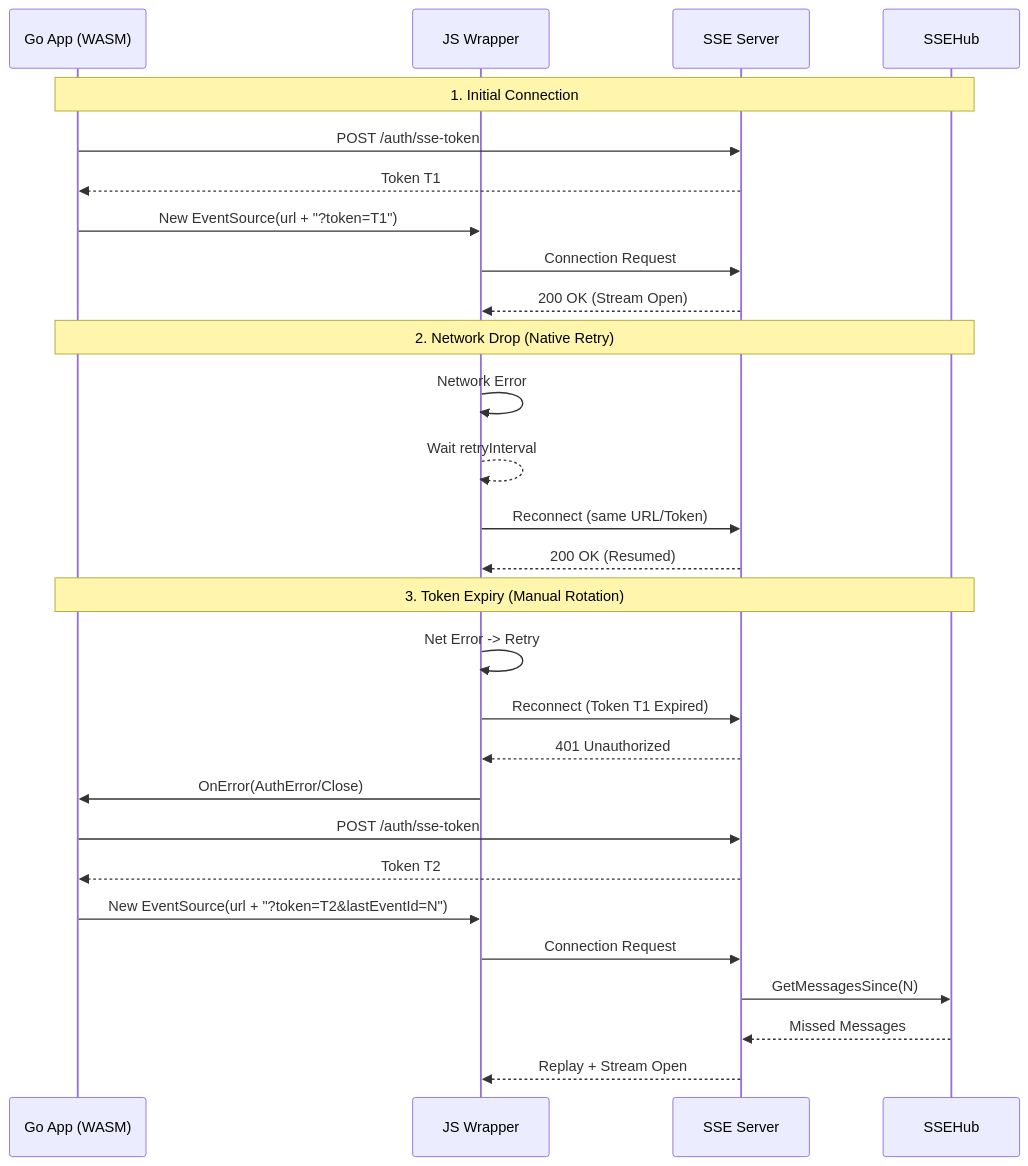
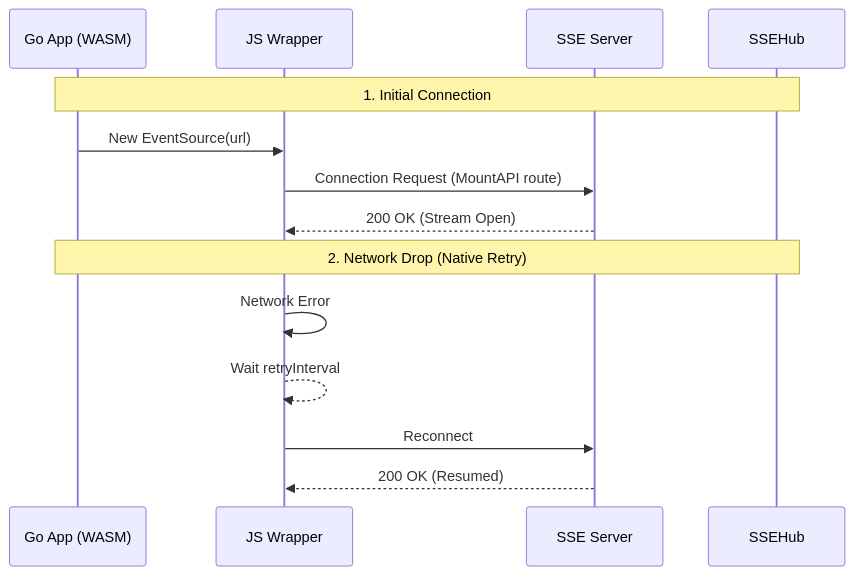
Before and after one commit to webtyp/sse: the second of 3 diagrams in docs/ARCHITECTURE.md, drawn with Mermaid. The commit also changed other lines of this file and 14 other files, not shown here.

First line of the commit message:
feat(sse): mountable router.APIModule, client OnEvent, events.Subscriber adapter

````diff
--- a/docs/ARCHITECTURE.md
+++ b/docs/ARCHITECTURE.md
@@ -47,33 +38,18 @@
 ```mermaid
 sequenceDiagram
     participant App as Go App (WASM)
     participant ES as JS Wrapper
     participant Server as SSE Server
     participant Hub as SSEHub
 
     Note over App,Hub: 1. Initial Connection
-    App->>Server: POST /auth/sse-token
-    Server-->>App: Token T1
-    App->>ES: New EventSource(url + "?token=T1")
-    ES->>Server: Connection Request
+    App->>ES: New EventSource(url)
+    ES->>Server: Connection Request (MountAPI route)
     Server-->>ES: 200 OK (Stream Open)
 
     Note over App,Hub: 2. Network Drop (Native Retry)
     ES->>ES: Network Error
     ES-->>ES: Wait retryInterval
-    ES->>Server: Reconnect (same URL/Token)
+    ES->>Server: Reconnect
     Server-->>ES: 200 OK (Resumed)
-
-    Note over App,Hub: 3. Token Expiry (Manual Rotation)
-    ES->>ES: Net Error -> Retry
-    ES->>Server: Reconnect (Token T1 Expired)
-    Server-->>ES: 401 Unauthorized
-    ES->>App: OnError(AuthError/Close)
-    App->>Server: POST /auth/sse-token
-    Server-->>App: Token T2
-    App->>ES: New EventSource(url + "?token=T2&lastEventId=N")
-    ES->>Server: Connection Request
-    Server->>Hub: GetMessagesSince(N)
-    Hub-->>Server: Missed Messages
-    Server-->>ES: Replay + Stream Open
 ```
````
